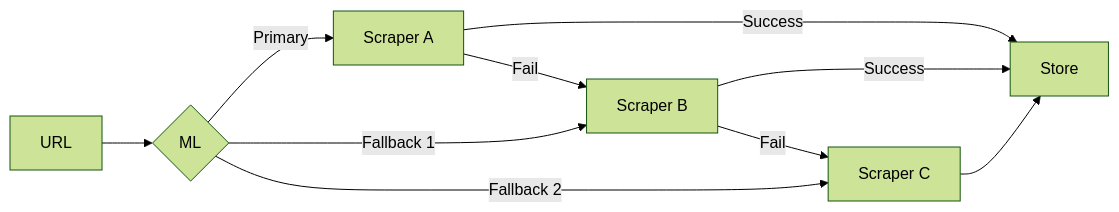
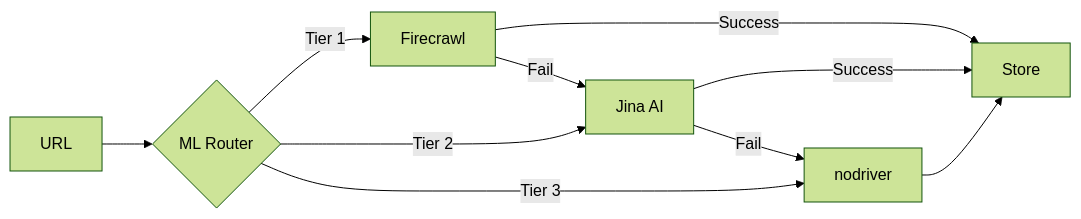
Before and after one commit to KomarovAI/n8n-scraper-docker: the third of 7 diagrams in ARCHITECTURE.md, drawn with Mermaid (forest theme). The commit also changed other lines of this file, not shown here.

Commit message:
perf: optimize ARCHITECTURE.md for AI (50% reduction, keep diagrams)

````diff
--- a/ARCHITECTURE.md
+++ b/ARCHITECTURE.md
@@ -64,12 +64,12 @@
 ```mermaid
 graph LR
-    A[URL] --> B{ML}
-    B -->|Primary| C[Scraper A]
-    B -->|Fallback 1| D[Scraper B]
-    B -->|Fallback 2| E[Scraper C]
+    A[URL] --> B{ML Router}
+    B -->|Tier 1| C[Firecrawl]
+    B -->|Tier 2| D[Jina AI]
+    B -->|Tier 3| E[nodriver]
     C -->|Success| F[Store]
     C -->|Fail| D
     D -->|Success| F
     D -->|Fail| E
     E --> F
 ```
````
